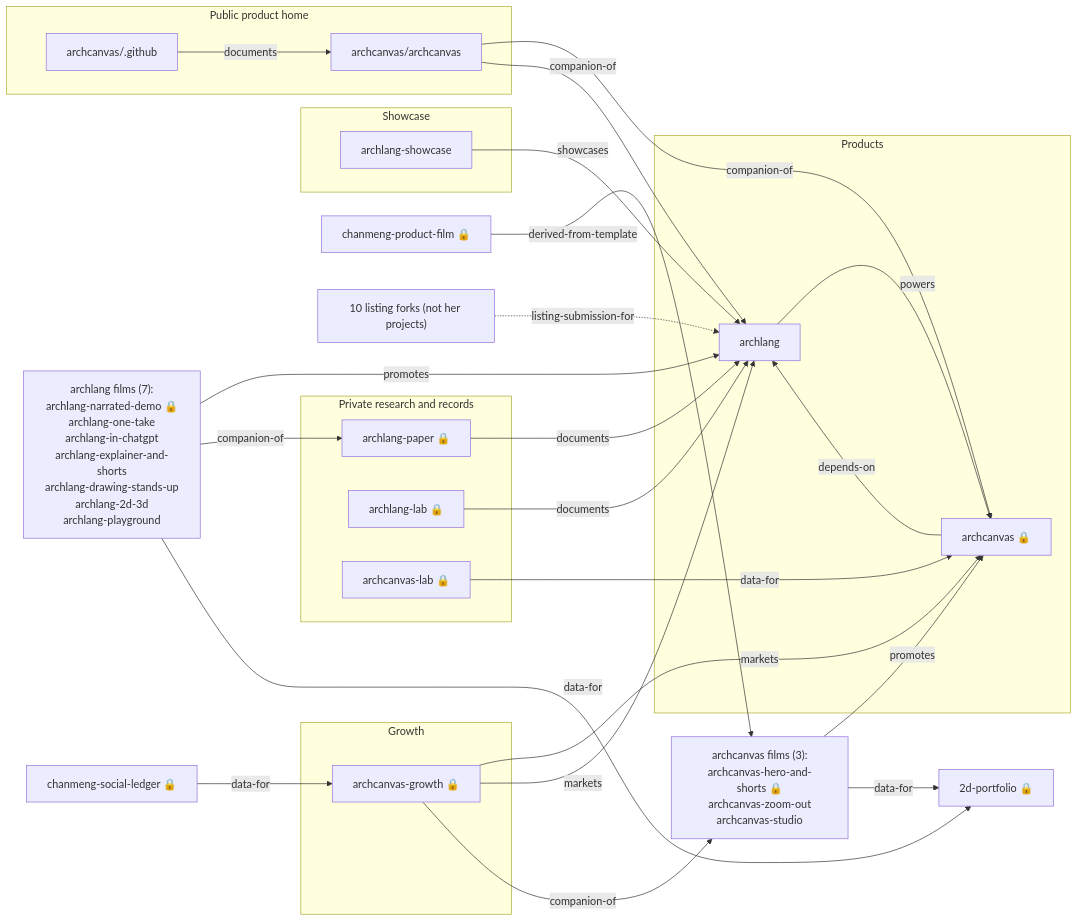
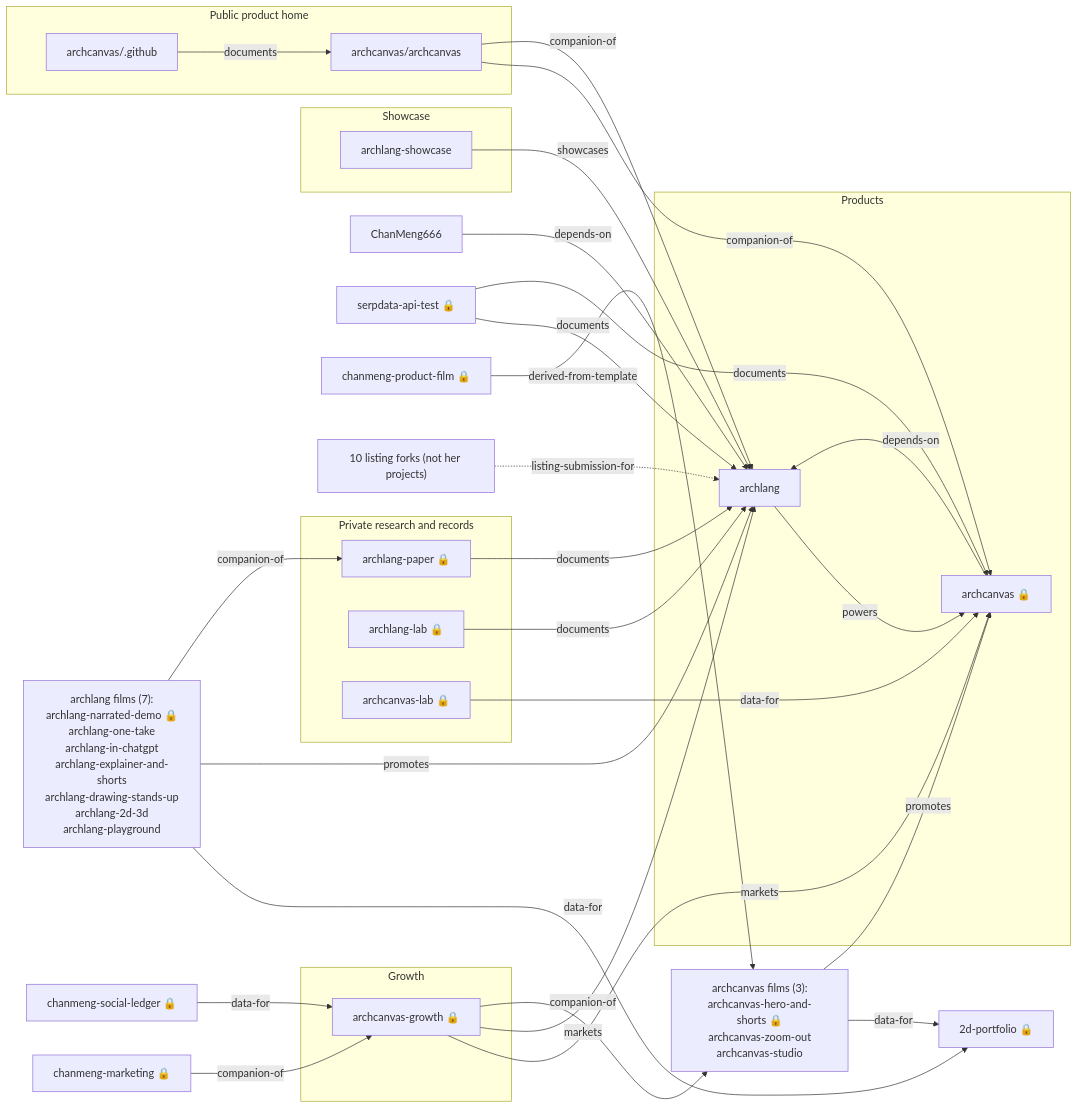
Before and after one commit to ChanMeng666/ChanMeng666: the diagram in docs/ecosystem/archlang-context.md, drawn with Mermaid. The commit also changed other lines of this file and 6 other files, not shown here.

````diff
--- a/docs/ecosystem/archlang-context.md
+++ b/docs/ecosystem/archlang-context.md
@@ -26,48 +26,55 @@
 ```mermaid
 flowchart LR
   subgraph Products["Products"]
     ChanMeng666_archlang["archlang"]
     ChanMeng666_archcanvas["archcanvas 🔒"]
   end
   subgraph Growth["Growth"]
     ChanMeng666_archcanvas_growth["archcanvas-growth 🔒"]
   end
   subgraph Private_research_and_records["Private research and records"]
     ChanMeng666_archlang_paper["archlang-paper 🔒"]
     ChanMeng666_archlang_lab["archlang-lab 🔒"]
     ChanMeng666_archcanvas_lab["archcanvas-lab 🔒"]
   end
   subgraph Showcase["Showcase"]
     ChanMeng666_archlang_showcase["archlang-showcase"]
   end
   subgraph Public_product_home["Public product home"]
     archcanvas_archcanvas["archcanvas/archcanvas"]
     archcanvas__github["archcanvas/.github"]
   end
   films_ChanMeng666_archcanvas["archcanvas films (3):<br/>archcanvas-hero-and-shorts 🔒<br/>archcanvas-zoom-out<br/>archcanvas-studio"]
   films_ChanMeng666_archlang["archlang films (7):<br/>archlang-narrated-demo 🔒<br/>archlang-one-take<br/>archlang-in-chatgpt<br/>archlang-explainer-and-shorts<br/>archlang-drawing-stands-up<br/>archlang-2d-3d<br/>archlang-playground"]
   ChanMeng666_chanmeng_social_ledger["chanmeng-social-ledger 🔒"]
+  ChanMeng666_2d_portfolio["2d-portfolio 🔒"]
+  ChanMeng666_ChanMeng666["ChanMeng666"]
+  ChanMeng666_chanmeng_marketing["chanmeng-marketing 🔒"]
+  ChanMeng666_serpdata_api_test["serpdata-api-test 🔒"]
   ChanMeng666_chanmeng_product_film["chanmeng-product-film 🔒"]
-  ChanMeng666_2d_portfolio["2d-portfolio 🔒"]
   ChanMeng666_chanmeng_social_ledger -->|data-for| ChanMeng666_archcanvas_growth
   ChanMeng666_archcanvas -->|depends-on| ChanMeng666_archlang
   ChanMeng666_archlang -->|powers| ChanMeng666_archcanvas
   archcanvas_archcanvas -->|companion-of| ChanMeng666_archcanvas
   archcanvas__github -->|documents| archcanvas_archcanvas
   ChanMeng666_archcanvas_growth -->|markets| ChanMeng666_archcanvas
   ChanMeng666_archcanvas_growth -->|markets| ChanMeng666_archlang
   films_ChanMeng666_archcanvas -->|promotes| ChanMeng666_archcanvas
+  films_ChanMeng666_archcanvas -->|data-for| ChanMeng666_2d_portfolio
+  films_ChanMeng666_archlang -->|data-for| ChanMeng666_2d_portfolio
+  ChanMeng666_ChanMeng666 -->|depends-on| ChanMeng666_archlang
+  ChanMeng666_chanmeng_marketing -->|companion-of| ChanMeng666_archcanvas_growth
+  ChanMeng666_serpdata_api_test -->|documents| ChanMeng666_archlang
+  ChanMeng666_serpdata_api_test -->|documents| ChanMeng666_archcanvas
   ChanMeng666_archcanvas_growth -->|companion-of| films_ChanMeng666_archcanvas
   ChanMeng666_archlang_paper -->|documents| ChanMeng666_archlang
   ChanMeng666_archlang_lab -->|documents| ChanMeng666_archlang
   ChanMeng666_archcanvas_lab -->|data-for| ChanMeng666_archcanvas
   ChanMeng666_archlang_showcase -->|showcases| ChanMeng666_archlang
   films_ChanMeng666_archlang -->|promotes| ChanMeng666_archlang
   films_ChanMeng666_archlang -->|companion-of| ChanMeng666_archlang_paper
   ChanMeng666_chanmeng_product_film -->|derived-from-template| films_ChanMeng666_archcanvas
-  films_ChanMeng666_archlang -->|data-for| ChanMeng666_2d_portfolio
-  films_ChanMeng666_archcanvas -->|data-for| ChanMeng666_2d_portfolio
   archcanvas_archcanvas -->|companion-of| ChanMeng666_archlang
   forks["10 listing forks (not her projects)"]
   forks -.->|listing-submission-for| ChanMeng666_archlang
 ```
````
